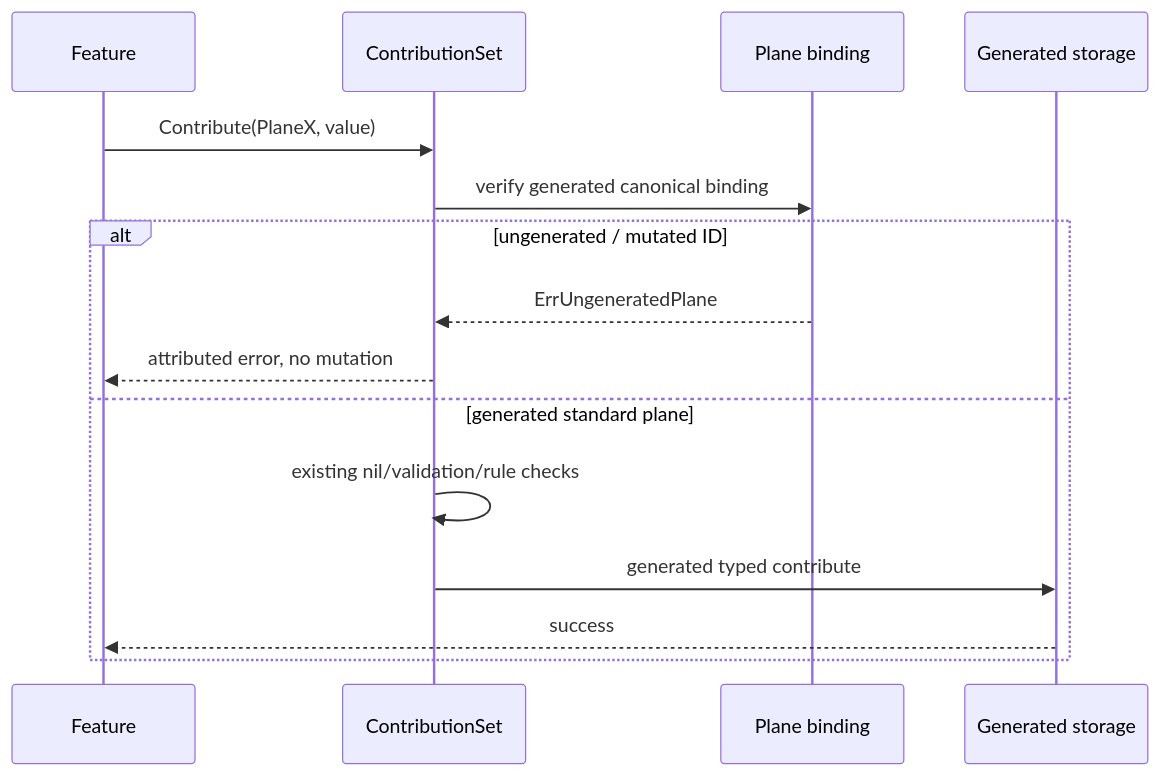
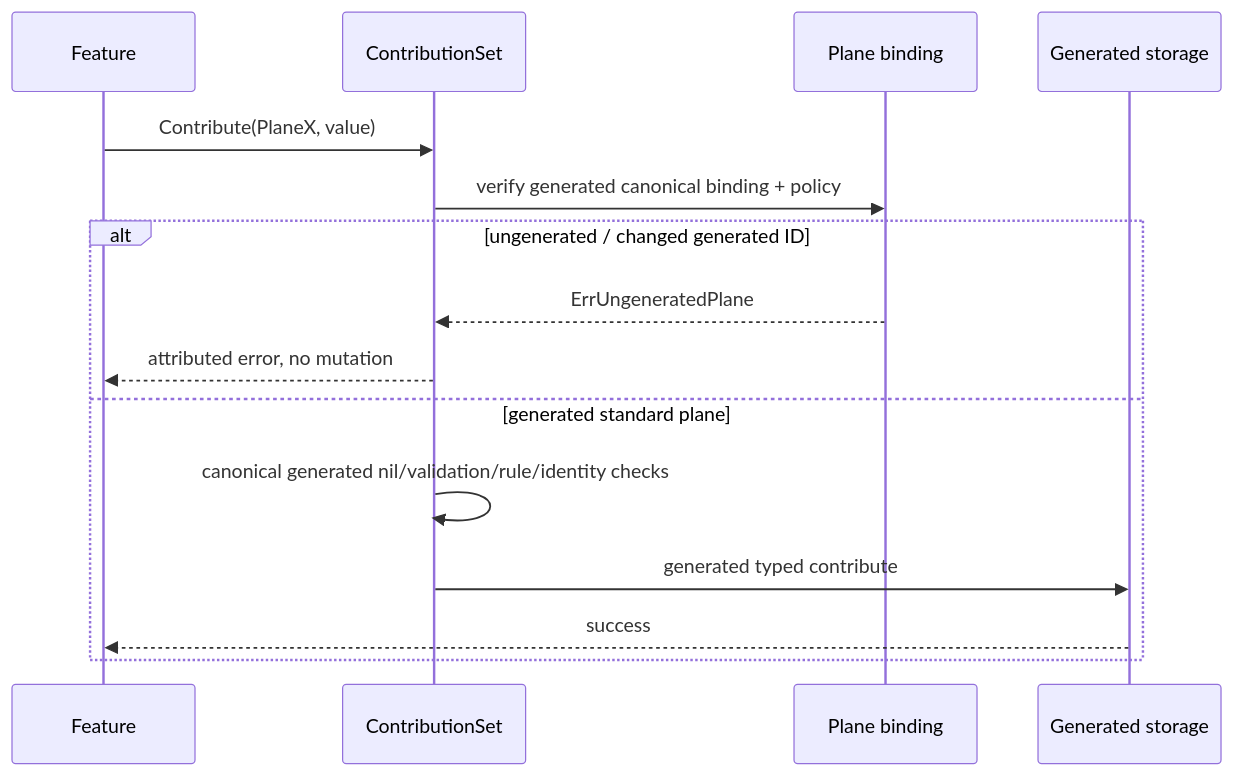
The second of 4 diagrams in .kiro/specs/pre-oss-core-slimming/design.md (matdev83/go-llm-interactive-proxy), drawn with Mermaid before and after one commit. The commit also changed other lines of this file, not shown here.

Commit message:
spec(pre-oss): make generated plane policy authoritative

````diff
--- a/.kiro/specs/pre-oss-core-slimming/design.md
+++ b/.kiro/specs/pre-oss-core-slimming/design.md
@@ -446,17 +492,17 @@
 ```mermaid
 sequenceDiagram
     participant F as Feature
     participant C as ContributionSet
     participant P as Plane binding
     participant G as Generated storage
     F->>C: Contribute(PlaneX, value)
-    C->>P: verify generated canonical binding
-    alt ungenerated / mutated ID
+    C->>P: verify generated canonical binding + policy
+    alt ungenerated / changed generated ID
         P-->>C: ErrUngeneratedPlane
         C-->>F: attributed error, no mutation
     else generated standard plane
-        C->>C: existing nil/validation/rule checks
+        C->>C: canonical generated nil/validation/rule/identity checks
         C->>G: generated typed contribute
         G-->>F: success
     end
 ```
````
